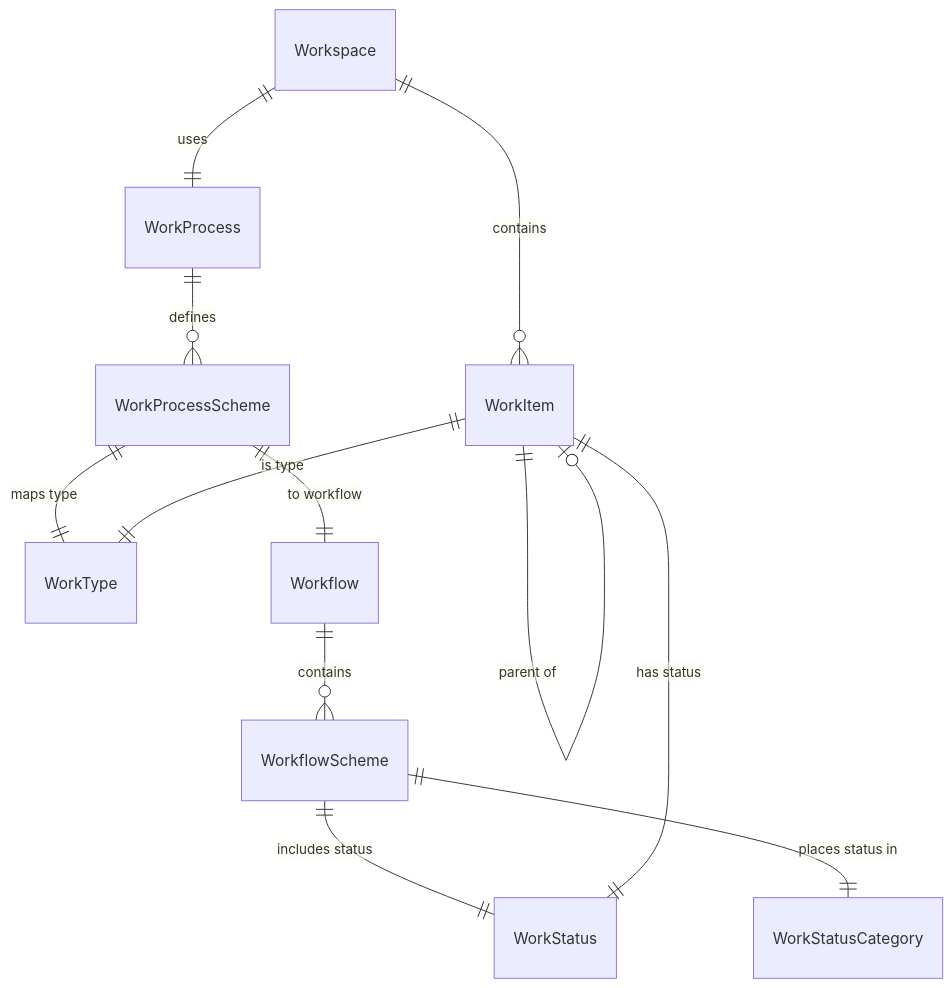
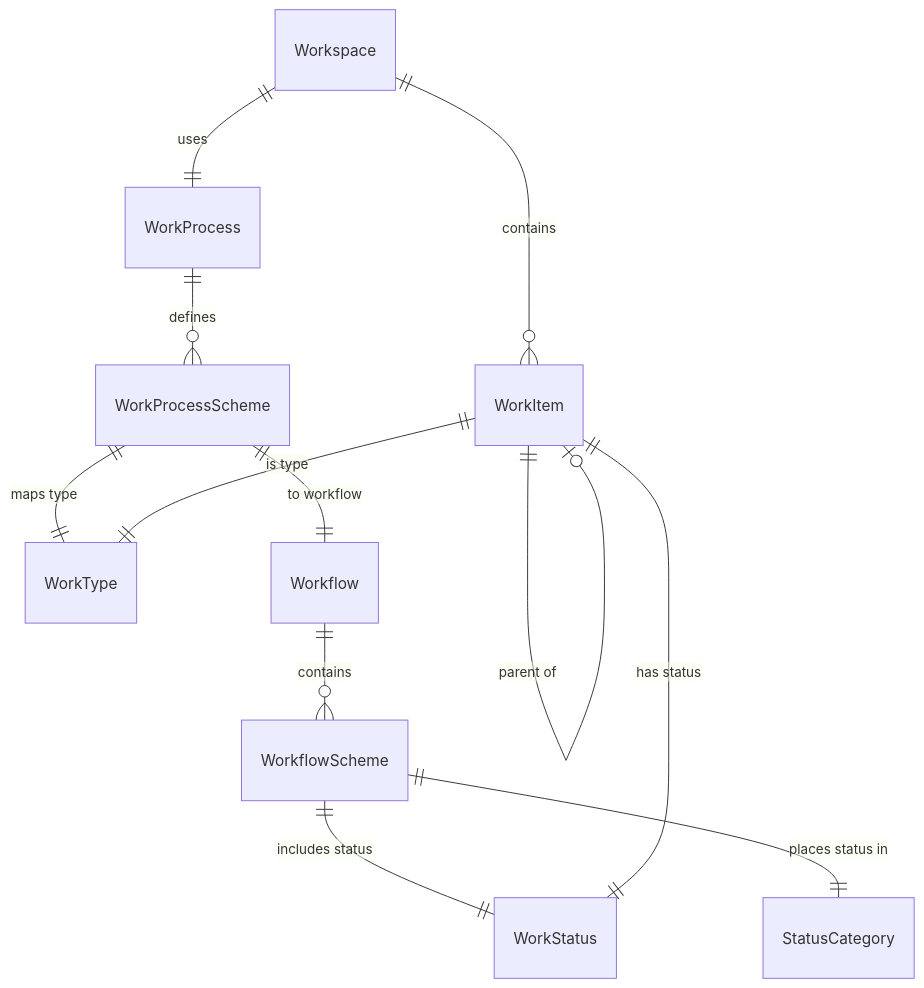
The diagram in docs/user-guide/work-management/work-configuration.mdx (destacey/Wayd), drawn with Mermaid before and after one commit. The commit also changed 104 other files, not shown here.

First line of the commit message:
refactor: replace WorkStatusCategory with StatusCategory (#1231)

````diff
--- a/docs/user-guide/work-management/work-configuration.mdx
+++ b/docs/user-guide/work-management/work-configuration.mdx
@@ -14,14 +14,14 @@
 ```mermaid
 erDiagram
     Workspace ||--|| WorkProcess : uses
     WorkProcess ||--o{ WorkProcessScheme : defines
     WorkProcessScheme ||--|| WorkType : "maps type"
     WorkProcessScheme ||--|| Workflow : "to workflow"
     Workflow ||--o{ WorkflowScheme : contains
     WorkflowScheme ||--|| WorkStatus : "includes status"
-    WorkflowScheme ||--|| WorkStatusCategory : "places status in"
+    WorkflowScheme ||--|| StatusCategory : "places status in"
     Workspace ||--o{ WorkItem : contains
     WorkItem ||--|| WorkType : "is type"
     WorkItem ||--|| WorkStatus : "has status"
     WorkItem ||--o| WorkItem : "parent of"
 ```
````
